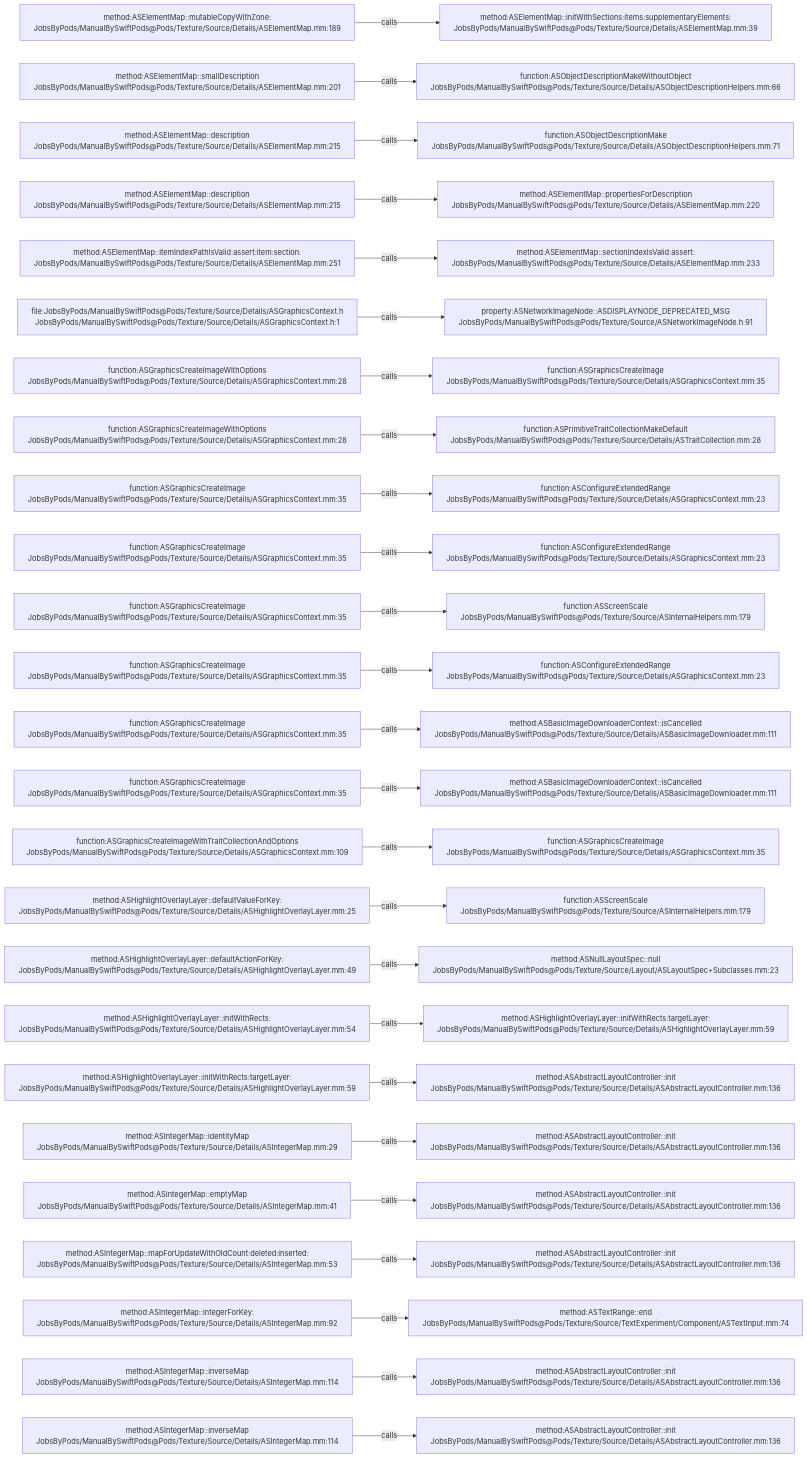
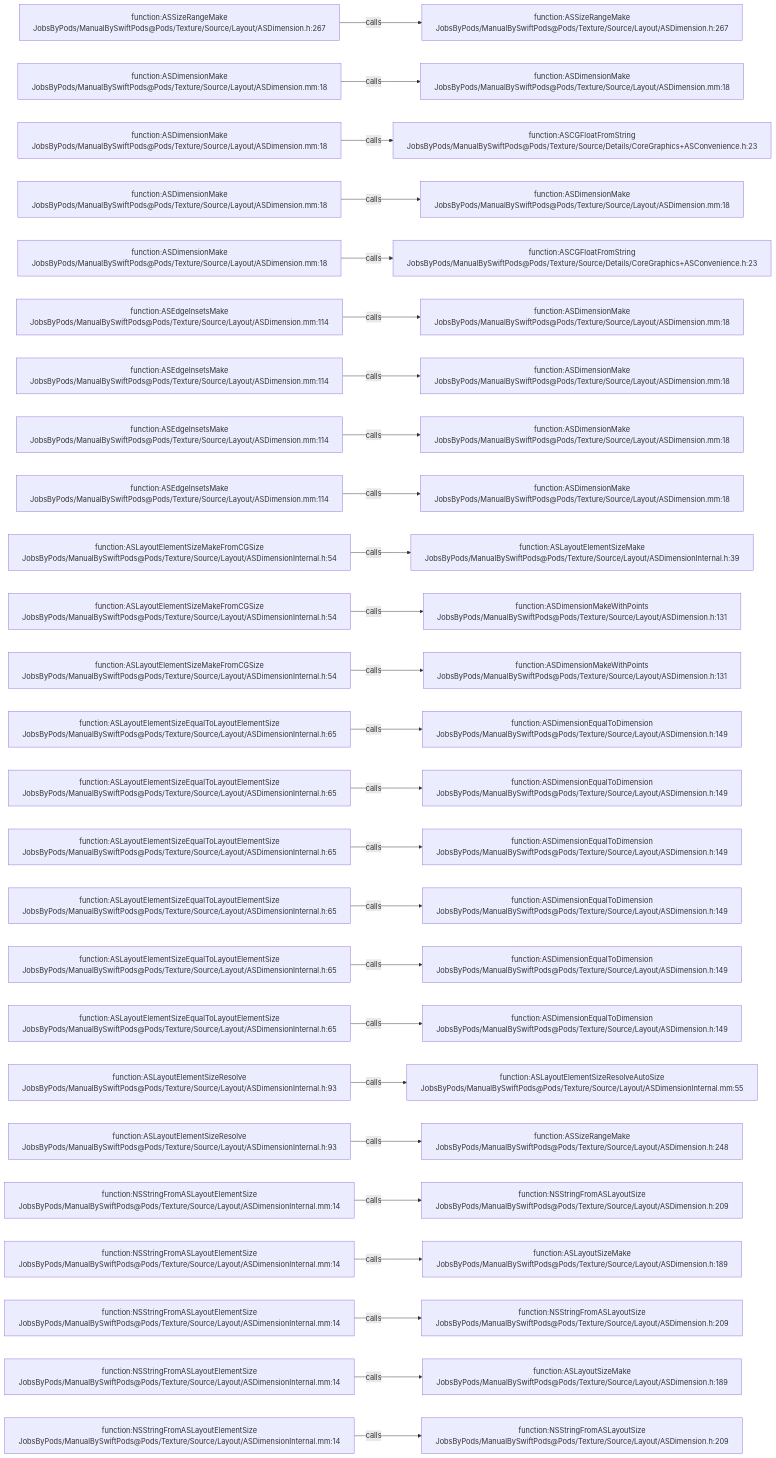
Before and after one commit to JobsKits/JobsSwiftBaseConfigDemo: the diagram in .codegraph/codegraph.md/graphs/calls-107.md, drawn with Mermaid. The commit also changed 832 other files, not shown here.

````diff
--- a/.codegraph/codegraph.md/graphs/calls-107.md
+++ b/.codegraph/codegraph.md/graphs/calls-107.md
@@ -13,78 +13,78 @@
 ```mermaid
 flowchart LR
-  S1["method:ASElementMap::mutableCopyWithZone:<br/>JobsByPods/ManualBySwiftPods@Pods/Texture/Source/Details/ASElementMap.mm:189"]
-  T1["method:ASElementMap::initWithSections:items:supplementaryElements:<br/>JobsByPods/ManualBySwiftPods@Pods/Texture/Source/Details/ASElementMap.mm:39"]
+  S1["function:ASSizeRangeMake<br/>JobsByPods/ManualBySwiftPods@Pods/Texture/Source/Layout/ASDimension.h:267"]
+  T1["function:ASSizeRangeMake<br/>JobsByPods/ManualBySwiftPods@Pods/Texture/Source/Layout/ASDimension.h:267"]
   S1 -->|calls| T1
-  S2["method:ASElementMap::smallDescription<br/>JobsByPods/ManualBySwiftPods@Pods/Texture/Source/Details/ASElementMap.mm:201"]
-  T2["function:ASObjectDescriptionMakeWithoutObject<br/>JobsByPods/ManualBySwiftPods@Pods/Texture/Source/Details/ASObjectDescriptionHelpers.mm:66"]
+  S2["function:ASDimensionMake<br/>JobsByPods/ManualBySwiftPods@Pods/Texture/Source/Layout/ASDimension.mm:18"]
+  T2["function:ASDimensionMake<br/>JobsByPods/ManualBySwiftPods@Pods/Texture/Source/Layout/ASDimension.mm:18"]
   S2 -->|calls| T2
-  S3["method:ASElementMap::description<br/>JobsByPods/ManualBySwiftPods@Pods/Texture/Source/Details/ASElementMap.mm:215"]
-  T3["function:ASObjectDescriptionMake<br/>JobsByPods/ManualBySwiftPods@Pods/Texture/Source/Details/ASObjectDescriptionHelpers.mm:71"]
+  S3["function:ASDimensionMake<br/>JobsByPods/ManualBySwiftPods@Pods/Texture/Source/Layout/ASDimension.mm:18"]
+  T3["function:ASCGFloatFromString<br/>JobsByPods/ManualBySwiftPods@Pods/Texture/Source/Details/CoreGraphics+ASConvenience.h:23"]
   S3 -->|calls| T3
-  S4["method:ASElementMap::description<br/>JobsByPods/ManualBySwiftPods@Pods/Texture/Source/Details/ASElementMap.mm:215"]
-  T4["method:ASElementMap::propertiesForDescription<br/>JobsByPods/ManualBySwiftPods@Pods/Texture/Source/Details/ASElementMap.mm:220"]
+  S4["function:ASDimensionMake<br/>JobsByPods/ManualBySwiftPods@Pods/Texture/Source/Layout/ASDimension.mm:18"]
+  T4["function:ASDimensionMake<br/>JobsByPods/ManualBySwiftPods@Pods/Texture/Source/Layout/ASDimension.mm:18"]
   S4 -->|calls| T4
-  S5["method:ASElementMap::itemIndexPathIsValid:assert:item:section:<br/>JobsByPods/ManualBySwiftPods@Pods/Texture/Source/Details/ASElementMap.mm:251"]
-  T5["method:ASElementMap::sectionIndexIsValid:assert:<br/>JobsByPods/ManualBySwiftPods@Pods/Texture/Source/Details/ASElementMap.mm:233"]
+  S5["function:ASDimensionMake<br/>JobsByPods/ManualBySwiftPods@Pods/Texture/Source/Layout/ASDimension.mm:18"]
+  T5["function:ASCGFloatFromString<br/>JobsByPods/ManualBySwiftPods@Pods/Texture/Source/Details/CoreGraphics+ASConvenience.h:23"]
   S5 -->|calls| T5
-  S6["file:JobsByPods/ManualBySwiftPods@Pods/Texture/Source/Details/ASGraphicsContext.h<br/>JobsByPods/ManualBySwiftPods@Pods/Texture/Source/Details/ASGraphicsContext.h:1"]
-  T6["property:ASNetworkImageNode::ASDISPLAYNODE_DEPRECATED_MSG<br/>JobsByPods/ManualBySwiftPods@Pods/Texture/Source/ASNetworkImageNode.h:91"]
+  S6["function:ASEdgeInsetsMake<br/>JobsByPods/ManualBySwiftPods@Pods/Texture/Source/Layout/ASDimension.mm:114"]
+  T6["function:ASDimensionMake<br/>JobsByPods/ManualBySwiftPods@Pods/Texture/Source/Layout/ASDimension.mm:18"]
   S6 -->|calls| T6
-  S7["function:ASGraphicsCreateImageWithOptions<br/>JobsByPods/ManualBySwiftPods@Pods/Texture/Source/Details/ASGraphicsContext.mm:28"]
-  T7["function:ASGraphicsCreateImage<br/>JobsByPods/ManualBySwiftPods@Pods/Texture/Source/Details/ASGraphicsContext.mm:35"]
+  S7["function:ASEdgeInsetsMake<br/>JobsByPods/ManualBySwiftPods@Pods/Texture/Source/Layout/ASDimension.mm:114"]
+  T7["function:ASDimensionMake<br/>JobsByPods/ManualBySwiftPods@Pods/Texture/Source/Layout/ASDimension.mm:18"]
   S7 -->|calls| T7
-  S8["function:ASGraphicsCreateImageWithOptions<br/>JobsByPods/ManualBySwiftPods@Pods/Texture/Source/Details/ASGraphicsContext.mm:28"]
-  T8["function:ASPrimitiveTraitCollectionMakeDefault<br/>JobsByPods/ManualBySwiftPods@Pods/Texture/Source/Details/ASTraitCollection.mm:28"]
+  S8["function:ASEdgeInsetsMake<br/>JobsByPods/ManualBySwiftPods@Pods/Texture/Source/Layout/ASDimension.mm:114"]
+  T8["function:ASDimensionMake<br/>JobsByPods/ManualBySwiftPods@Pods/Texture/Source/Layout/ASDimension.mm:18"]
   S8 -->|calls| T8
-  S9["function:ASGraphicsCreateImage<br/>JobsByPods/ManualBySwiftPods@Pods/Texture/Source/Details/ASGraphicsContext.mm:35"]
-  T9["function:ASConfigureExtendedRange<br/>JobsByPods/ManualBySwiftPods@Pods/Texture/Source/Details/ASGraphicsContext.mm:23"]
+  S9["function:ASEdgeInsetsMake<br/>JobsByPods/ManualBySwiftPods@Pods/Texture/Source/Layout/ASDimension.mm:114"]
+  T9["function:ASDimensionMake<br/>JobsByPods/ManualBySwiftPods@Pods/Texture/Source/Layout/ASDimension.mm:18"]
   S9 -->|calls| T9
-  S10["function:ASGraphicsCreateImage<br/>JobsByPods/ManualBySwiftPods@Pods/Texture/Source/Details/ASGraphicsContext.mm:35"]
-  T10["function:ASConfigureExtendedRange<br/>JobsByPods/ManualBySwiftPods@Pods/Texture/Source/Details/ASGraphicsContext.mm:23"]
+  S10["function:ASLayoutElementSizeMakeFromCGSize<br/>JobsByPods/ManualBySwiftPods@Pods/Texture/Source/Layout/ASDimensionInternal.h:54"]
+  T10["function:ASLayoutElementSizeMake<br/>JobsByPods/ManualBySwiftPods@Pods/Texture/Source/Layout/ASDimensionInternal.h:39"]
   S10 -->|calls| T10
-  S11["function:ASGraphicsCreateImage<br/>JobsByPods/ManualBySwiftPods@Pods/Texture/Source/Details/ASGraphicsContext.mm:35"]
-  T11["function:ASScreenScale<br/>JobsByPods/ManualBySwiftPods@Pods/Texture/Source/ASInternalHelpers.mm:179"]
+  S11["function:ASLayoutElementSizeMakeFromCGSize<br/>JobsByPods/ManualBySwiftPods@Pods/Texture/Source/Layout/ASDimensionInternal.h:54"]
+  T11["function:ASDimensionMakeWithPoints<br/>JobsByPods/ManualBySwiftPods@Pods/Texture/Source/Layout/ASDimension.h:131"]
   S11 -->|calls| T11
-  S12["function:ASGraphicsCreateImage<br/>JobsByPods/ManualBySwiftPods@Pods/Texture/Source/Details/ASGraphicsContext.mm:35"]
-  T12["function:ASConfigureExtendedRange<br/>JobsByPods/ManualBySwiftPods@Pods/Texture/Source/Details/ASGraphicsContext.mm:23"]
+  S12["function:ASLayoutElementSizeMakeFromCGSize<br/>JobsByPods/ManualBySwiftPods@Pods/Texture/Source/Layout/ASDimensionInternal.h:54"]
+  T12["function:ASDimensionMakeWithPoints<br/>JobsByPods/ManualBySwiftPods@Pods/Texture/Source/Layout/ASDimension.h:131"]
   S12 -->|calls| T12
-  S13["function:ASGraphicsCreateImage<br/>JobsByPods/ManualBySwiftPods@Pods/Texture/Source/Details/ASGraphicsContext.mm:35"]
-  T13["method:ASBasicImageDownloaderContext::isCancelled<br/>JobsByPods/ManualBySwiftPods@Pods/Texture/Source/Details/ASBasicImageDownloader.mm:111"]
+  S13["function:ASLayoutElementSizeEqualToLayoutElementSize<br/>JobsByPods/ManualBySwiftPods@Pods/Texture/Source/Layout/ASDimensionInternal.h:65"]
+  T13["function:ASDimensionEqualToDimension<br/>JobsByPods/ManualBySwiftPods@Pods/Texture/Source/Layout/ASDimension.h:149"]
   S13 -->|calls| T13
-  S14["function:ASGraphicsCreateImage<br/>JobsByPods/ManualBySwiftPods@Pods/Texture/Source/Details/ASGraphicsContext.mm:35"]
-  T14["method:ASBasicImageDownloaderContext::isCancelled<br/>JobsByPods/ManualBySwiftPods@Pods/Texture/Source/Details/ASBasicImageDownloader.mm:111"]
+  S14["function:ASLayoutElementSizeEqualToLayoutElementSize<br/>JobsByPods/ManualBySwiftPods@Pods/Texture/Source/Layout/ASDimensionInternal.h:65"]
+  T14["function:ASDimensionEqualToDimension<br/>JobsByPods/ManualBySwiftPods@Pods/Texture/Source/Layout/ASDimension.h:149"]
   S14 -->|calls| T14
-  S15["function:ASGraphicsCreateImageWithTraitCollectionAndOptions<br/>JobsByPods/ManualBySwiftPods@Pods/Texture/Source/Details/ASGraphicsContext.mm:109"]
-  T15["function:ASGraphicsCreateImage<br/>JobsByPods/ManualBySwiftPods@Pods/Texture/Source/Details/ASGraphicsContext.mm:35"]
+  S15["function:ASLayoutElementSizeEqualToLayoutElementSize<br/>JobsByPods/ManualBySwiftPods@Pods/Texture/Source/Layout/ASDimensionInternal.h:65"]
+  T15["function:ASDimensionEqualToDimension<br/>JobsByPods/ManualBySwiftPods@Pods/Texture/Source/Layout/ASDimension.h:149"]
   S15 -->|calls| T15
-  S16["method:ASHighlightOverlayLayer::defaultValueForKey:<br/>JobsByPods/ManualBySwiftPods@Pods/Texture/Source/Details/ASHighlightOverlayLayer.mm:25"]
-  T16["function:ASScreenScale<br/>JobsByPods/ManualBySwiftPods@Pods/Texture/Source/ASInternalHelpers.mm:179"]
+  S16["function:ASLayoutElementSizeEqualToLayoutElementSize<br/>JobsByPods/ManualBySwiftPods@Pods/Texture/Source/Layout/ASDimensionInternal.h:65"]
+  T16["function:ASDimensionEqualToDimension<br/>JobsByPods/ManualBySwiftPods@Pods/Texture/Source/Layout/ASDimension.h:149"]
   S16 -->|calls| T16
-  S17["method:ASHighlightOverlayLayer::defaultActionForKey:<br/>JobsByPods/ManualBySwiftPods@Pods/Texture/Source/Details/ASHighlightOverlayLayer.mm:49"]
-  T17["method:ASNullLayoutSpec::null<br/>JobsByPods/ManualBySwiftPods@Pods/Texture/Source/Layout/ASLayoutSpec+Subclasses.mm:23"]
+  S17["function:ASLayoutElementSizeEqualToLayoutElementSize<br/>JobsByPods/ManualBySwiftPods@Pods/Texture/Source/Layout/ASDimensionInternal.h:65"]
+  T17["function:ASDimensionEqualToDimension<br/>JobsByPods/ManualBySwiftPods@Pods/Texture/Source/Layout/ASDimension.h:149"]
   S17 -->|calls| T17
-  S18["method:ASHighlightOverlayLayer::initWithRects:<br/>JobsByPods/ManualBySwiftPods@Pods/Texture/Source/Details/ASHighlightOverlayLayer.mm:54"]
-  T18["method:ASHighlightOverlayLayer::initWithRects:targetLayer:<br/>JobsByPods/ManualBySwiftPods@Pods/Texture/Source/Details/ASHighlightOverlayLayer.mm:59"]
+  S18["function:ASLayoutElementSizeEqualToLayoutElementSize<br/>JobsByPods/ManualBySwiftPods@Pods/Texture/Source/Layout/ASDimensionInternal.h:65"]
+  T18["function:ASDimensionEqualToDimension<br/>JobsByPods/ManualBySwiftPods@Pods/Texture/Source/Layout/ASDimension.h:149"]
   S18 -->|calls| T18
-  S19["method:ASHighlightOverlayLayer::initWithRects:targetLayer:<br/>JobsByPods/ManualBySwiftPods@Pods/Texture/Source/Details/ASHighlightOverlayLayer.mm:59"]
-  T19["method:ASAbstractLayoutController::init<br/>JobsByPods/ManualBySwiftPods@Pods/Texture/Source/Details/ASAbstractLayoutController.mm:136"]
+  S19["function:ASLayoutElementSizeResolve<br/>JobsByPods/ManualBySwiftPods@Pods/Texture/Source/Layout/ASDimensionInternal.h:93"]
+  T19["function:ASLayoutElementSizeResolveAutoSize<br/>JobsByPods/ManualBySwiftPods@Pods/Texture/Source/Layout/ASDimensionInternal.mm:55"]
   S19 -->|calls| T19
-  S20["method:ASIntegerMap::identityMap<br/>JobsByPods/ManualBySwiftPods@Pods/Texture/Source/Details/ASIntegerMap.mm:29"]
-  T20["method:ASAbstractLayoutController::init<br/>JobsByPods/ManualBySwiftPods@Pods/Texture/Source/Details/ASAbstractLayoutController.mm:136"]
+  S20["function:ASLayoutElementSizeResolve<br/>JobsByPods/ManualBySwiftPods@Pods/Texture/Source/Layout/ASDimensionInternal.h:93"]
+  T20["function:ASSizeRangeMake<br/>JobsByPods/ManualBySwiftPods@Pods/Texture/Source/Layout/ASDimension.h:248"]
   S20 -->|calls| T20
-  S21["method:ASIntegerMap::emptyMap<br/>JobsByPods/ManualBySwiftPods@Pods/Texture/Source/Details/ASIntegerMap.mm:41"]
-  T21["method:ASAbstractLayoutController::init<br/>JobsByPods/ManualBySwiftPods@Pods/Texture/Source/Details/ASAbstractLayoutController.mm:136"]
+  S21["function:NSStringFromASLayoutElementSize<br/>JobsByPods/ManualBySwiftPods@Pods/Texture/Source/Layout/ASDimensionInternal.mm:14"]
+  T21["function:NSStringFromASLayoutSize<br/>JobsByPods/ManualBySwiftPods@Pods/Texture/Source/Layout/ASDimension.h:209"]
   S21 -->|calls| T21
-  S22["method:ASIntegerMap::mapForUpdateWithOldCount:deleted:inserted:<br/>JobsByPods/ManualBySwiftPods@Pods/Texture/Source/Details/ASIntegerMap.mm:53"]
-  T22["method:ASAbstractLayoutController::init<br/>JobsByPods/ManualBySwiftPods@Pods/Texture/Source/Details/ASAbstractLayoutController.mm:136"]
+  S22["function:NSStringFromASLayoutElementSize<br/>JobsByPods/ManualBySwiftPods@Pods/Texture/Source/Layout/ASDimensionInternal.mm:14"]
+  T22["function:ASLayoutSizeMake<br/>JobsByPods/ManualBySwiftPods@Pods/Texture/Source/Layout/ASDimension.h:189"]
   S22 -->|calls| T22
-  S23["method:ASIntegerMap::integerForKey:<br/>JobsByPods/ManualBySwiftPods@Pods/Texture/Source/Details/ASIntegerMap.mm:92"]
-  T23["method:ASTextRange::end<br/>JobsByPods/ManualBySwiftPods@Pods/Texture/Source/TextExperiment/Component/ASTextInput.mm:74"]
+  S23["function:NSStringFromASLayoutElementSize<br/>JobsByPods/ManualBySwiftPods@Pods/Texture/Source/Layout/ASDimensionInternal.mm:14"]
+  T23["function:NSStringFromASLayoutSize<br/>JobsByPods/ManualBySwiftPods@Pods/Texture/Source/Layout/ASDimension.h:209"]
   S23 -->|calls| T23
-  S24["method:ASIntegerMap::inverseMap<br/>JobsByPods/ManualBySwiftPods@Pods/Texture/Source/Details/ASIntegerMap.mm:114"]
-  T24["method:ASAbstractLayoutController::init<br/>JobsByPods/ManualBySwiftPods@Pods/Texture/Source/Details/ASAbstractLayoutController.mm:136"]
+  S24["function:NSStringFromASLayoutElementSize<br/>JobsByPods/ManualBySwiftPods@Pods/Texture/Source/Layout/ASDimensionInternal.mm:14"]
+  T24["function:ASLayoutSizeMake<br/>JobsByPods/ManualBySwiftPods@Pods/Texture/Source/Layout/ASDimension.h:189"]
   S24 -->|calls| T24
-  S25["method:ASIntegerMap::inverseMap<br/>JobsByPods/ManualBySwiftPods@Pods/Texture/Source/Details/ASIntegerMap.mm:114"]
-  T25["method:ASAbstractLayoutController::init<br/>JobsByPods/ManualBySwiftPods@Pods/Texture/Source/Details/ASAbstractLayoutController.mm:136"]
+  S25["function:NSStringFromASLayoutElementSize<br/>JobsByPods/ManualBySwiftPods@Pods/Texture/Source/Layout/ASDimensionInternal.mm:14"]
+  T25["function:NSStringFromASLayoutSize<br/>JobsByPods/ManualBySwiftPods@Pods/Texture/Source/Layout/ASDimension.h:209"]
   S25 -->|calls| T25
 ```
````
